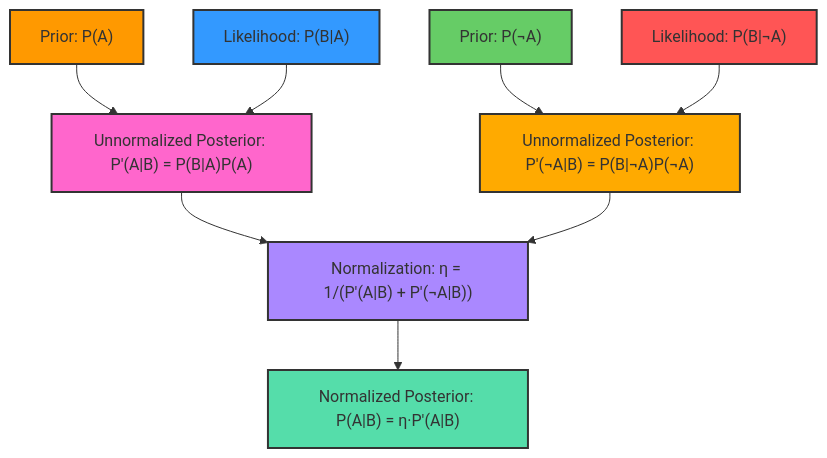
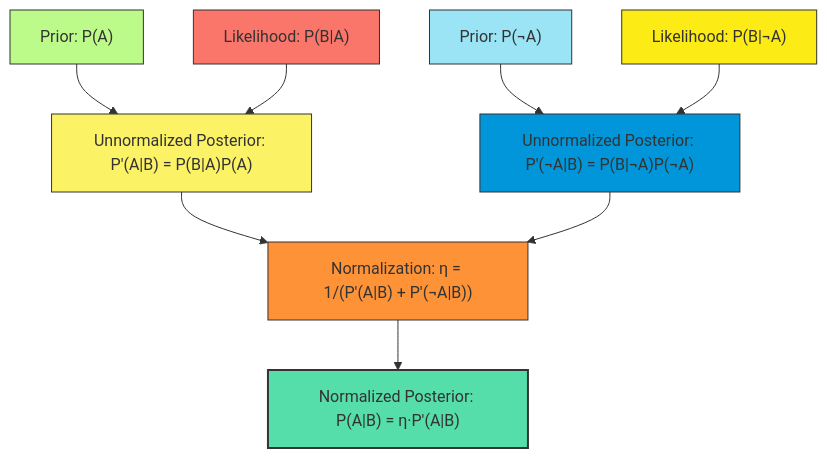
Before and after one commit to Chaklader/part-of-speech-tagging: diagram 12 of 23 in C_2.md, drawn with Mermaid. The commit also changed other lines of this file, not shown here.

````diff
--- a/C_2.md
+++ b/C_2.md
@@ -787,17 +808,18 @@
 ```mermaid
 flowchart TD
     A["Prior: P(A)"] --> B["Unnormalized Posterior: P'(A|B) = P(B|A)P(A)"]
     C["Likelihood: P(B|A)"] --> B
     D["Prior: P(¬A)"] --> E["Unnormalized Posterior: P'(¬A|B) = P(B|¬A)P(¬A)"]
     F["Likelihood: P(B|¬A)"] --> E
     B & E --> G["Normalization: η = 1/(P'(A|B) + P'(¬A|B))"]
     G --> H["Normalized Posterior: P(A|B) = η·P'(A|B)"]
-    style A fill:#ff9900,stroke:#333,stroke-width:2px
-    style C fill:#3399ff,stroke:#333,stroke-width:2px
-    style B fill:#ff66cc,stroke:#333,stroke-width:2px
-    style D fill:#66cc66,stroke:#333,stroke-width:2px
-    style F fill:#ff5555,stroke:#333,stroke-width:2px
-    style E fill:#ffaa00,stroke:#333,stroke-width:2px
-    style G fill:#aa88ff,stroke:#333,stroke-width:2px
+
+style A fill:#BCFB89,stroke:#333,stroke-width:1px
+  style B fill:#FBF266,stroke:#333,stroke-width:1px
+  style C fill:#FA756A,stroke:#333,stroke-width:1px
+  style D fill:#9AE4F5,stroke:#333,stroke-width:1px
+  style E fill:#0096D9,stroke:#333,stroke-width:1px
+  style F fill:#FCEB14,stroke:#333,stroke-width:1px
+  style G fill:#FE9237,stroke:#333,stroke-width:1px
     style H fill:#55ddaa,stroke:#333,stroke-width:2px
 ```
````
